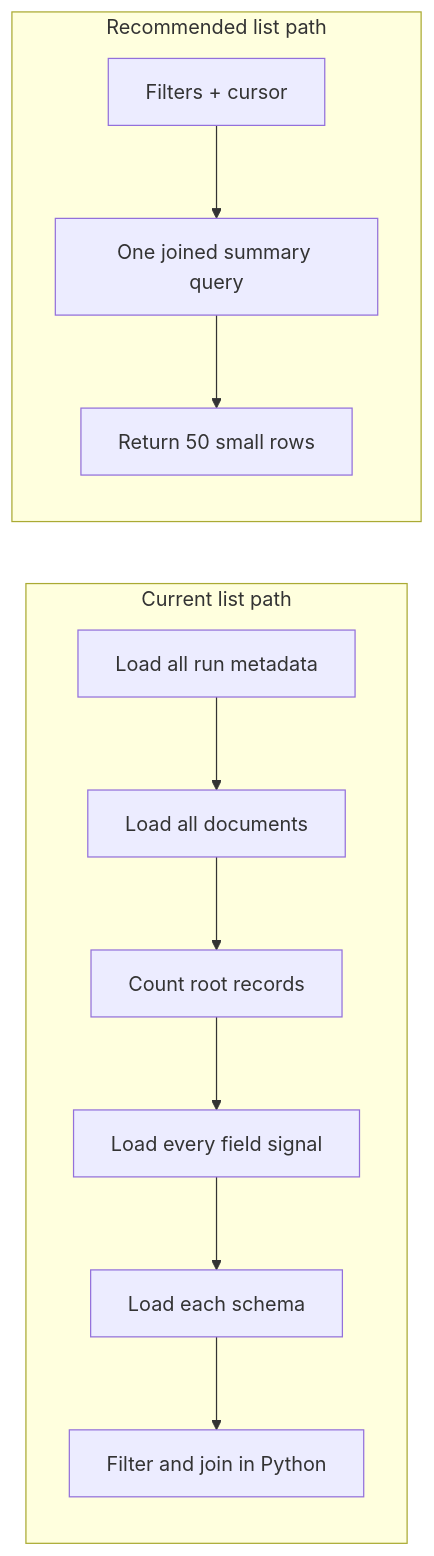
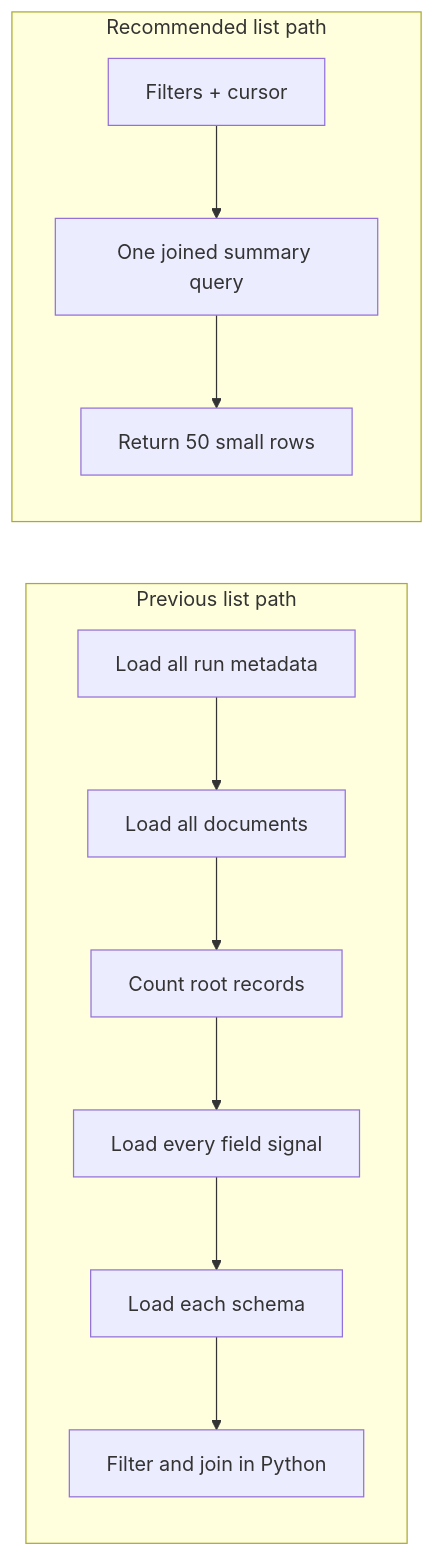
The first of 3 diagrams in docs/PERFORMANCE_AND_SIMPLIFICATION_REVIEW.md (samuelbrooksgilzeane/idp-mvp), drawn with Mermaid before and after one commit. The commit also changed other lines of this file and 1 other file, not shown here.

````diff
--- a/docs/PERFORMANCE_AND_SIMPLIFICATION_REVIEW.md
+++ b/docs/PERFORMANCE_AND_SIMPLIFICATION_REVIEW.md
@@ -72,15 +86,15 @@
 ```mermaid
 flowchart LR
-    subgraph Current["Current list path"]
+    subgraph Previous["Previous list path"]
         C1["Load all run metadata"] --> C2["Load all documents"]
         C2 --> C3["Count root records"]
         C3 --> C4["Load every field signal"]
         C4 --> C5["Load each schema"]
         C5 --> C6["Filter and join in Python"]
     end
 
     subgraph Target["Recommended list path"]
         T1["Filters + cursor"] --> T2["One joined summary query"]
         T2 --> T3["Return 50 small rows"]
     end
 ```
````
